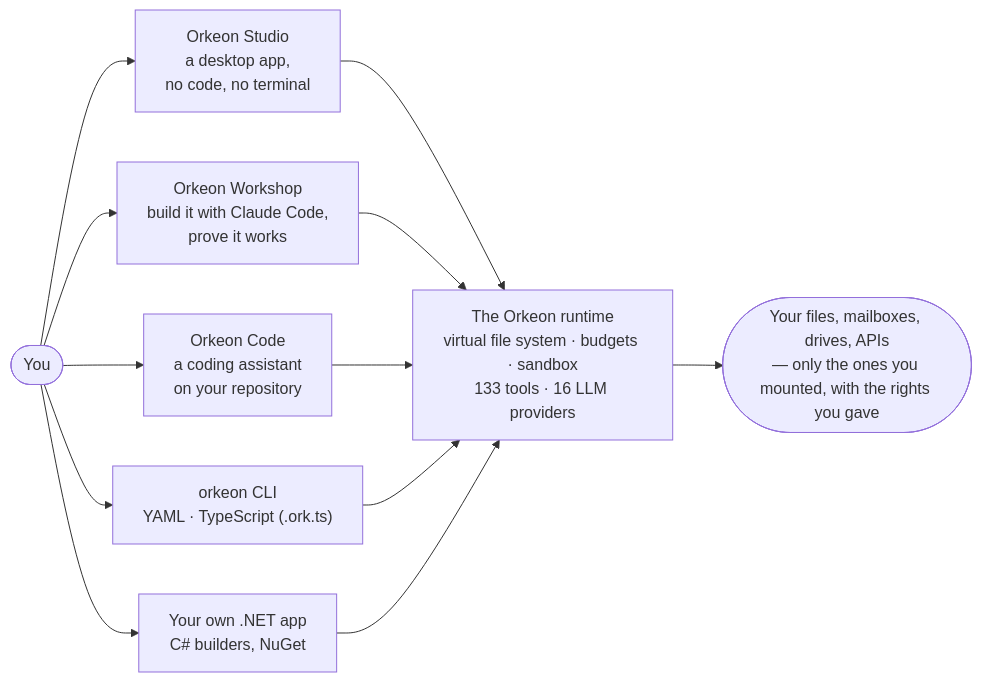
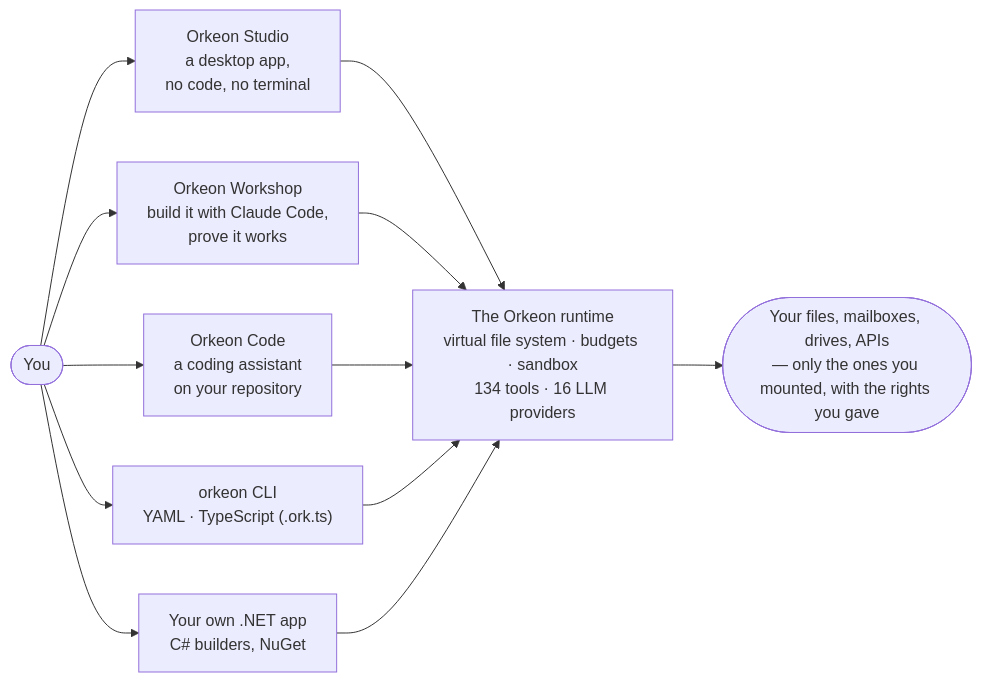
The diagram in README.md (Orkeon/orkeon), drawn with Mermaid before and after one commit. The commit also changed other lines of this file and 57 other files, not shown here.

````diff
--- a/README.md
+++ b/README.md
@@ -43,10 +43,10 @@
 ```mermaid
 flowchart LR
     you(["You"]) --> workshop["Orkeon Workshop<br/>build it with Claude Code,<br/>prove it works"]
     you --> studio["Orkeon Studio<br/>a desktop app,<br/>no code, no terminal"]
     you --> code["Orkeon Code<br/>a coding assistant<br/>on your repository"]
     you --> cli["orkeon CLI<br/>YAML · TypeScript (.ork.ts)"]
     you --> app["Your own .NET app<br/>C# builders, NuGet"]
-    studio & workshop & code & cli & app --> runtime["The Orkeon runtime<br/>virtual file system · budgets · sandbox<br/>133 tools · 16 LLM providers"]
+    studio & workshop & code & cli & app --> runtime["The Orkeon runtime<br/>virtual file system · budgets · sandbox<br/>134 tools · 16 LLM providers"]
     runtime --> world(["Your files, mailboxes, drives, APIs<br/>— only the ones you mounted, with the rights you gave"])
 ```
````
